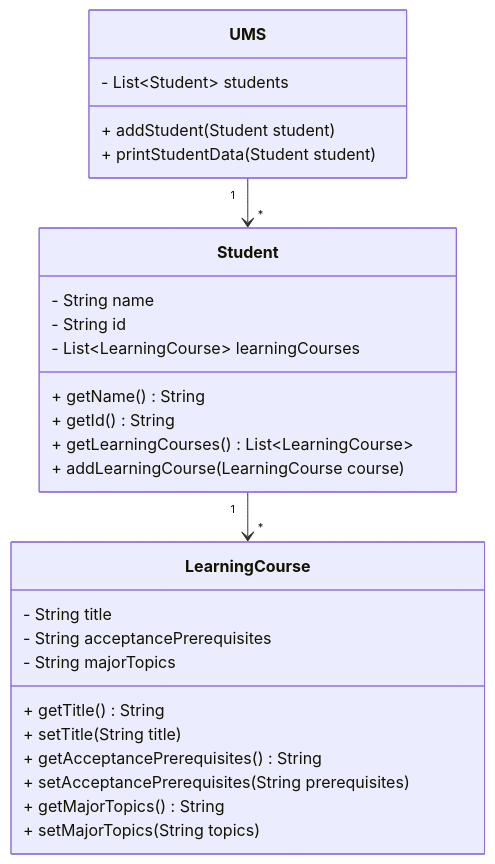
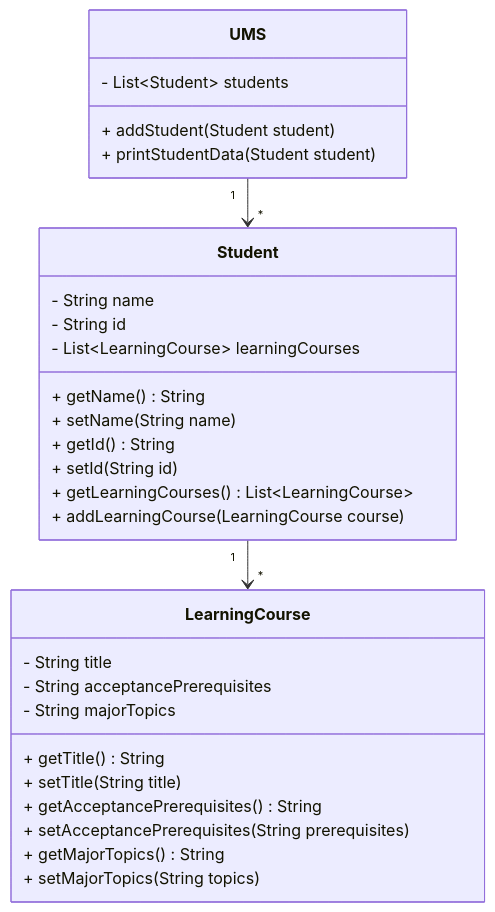
One commit to teklaGogua/Final changed the diagram in src/oop/finalexam/t2/readme.md. Above: the diagram before and after it, drawn with Mermaid.

````diff
--- a/src/oop/finalexam/t2/readme.md
+++ b/src/oop/finalexam/t2/readme.md
@@ -92,33 +92,35 @@
 ```mermaid
 classDiagram
     class UMS {
         - List~Student~ students
         + addStudent(Student student)
         + printStudentData(Student student)
     }
 
     class Student {
         - String name
         - String id
         - List~LearningCourse~ learningCourses
         + getName() String
+        + setName(String name)
         + getId() String
+        + setId(String id)
         + getLearningCourses() List~LearningCourse~
         + addLearningCourse(LearningCourse course)
     }
 
     class LearningCourse {
         - String title
         - String acceptancePrerequisites
         - String majorTopics
         + getTitle() String
         + setTitle(String title)
         + getAcceptancePrerequisites() String
         + setAcceptancePrerequisites(String prerequisites)
         + getMajorTopics() String
         + setMajorTopics(String topics)
     }
 
     UMS "1" --> "*" Student
     Student "1" --> "*" LearningCourse
 ```
````
